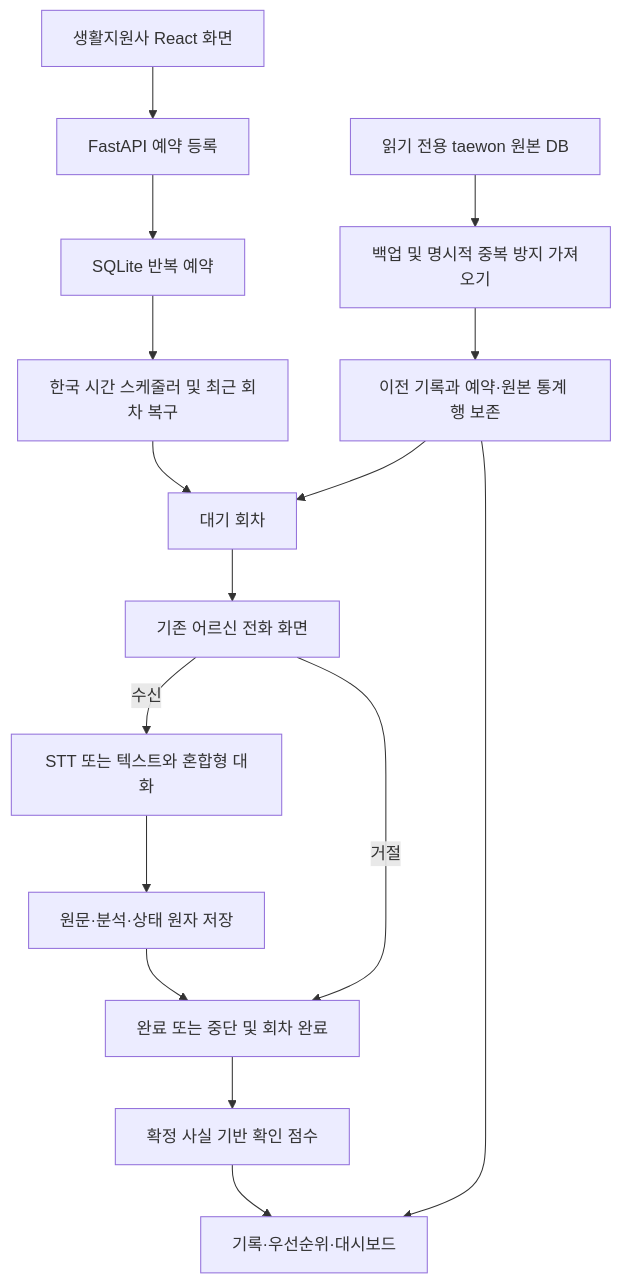
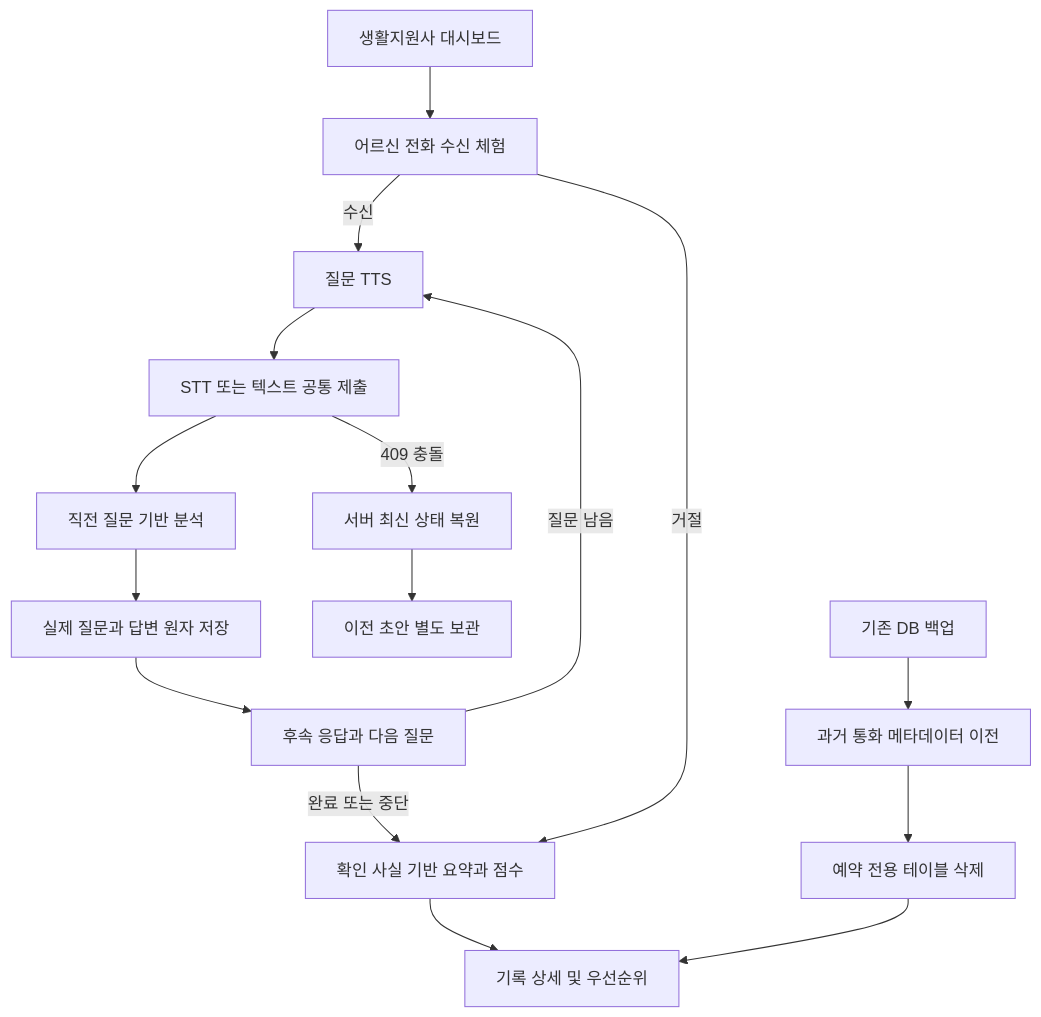
One commit to ptw786/2kimWon changed the diagram in ansimon-fullstack/docs/SOURCE_INTEGRATION.md. Above: the diagram before and after it, drawn with Mermaid. The commit also changed other lines of this file and 44 other files, not shown here.

````diff
--- a/ansimon-fullstack/docs/SOURCE_INTEGRATION.md
+++ b/ansimon-fullstack/docs/SOURCE_INTEGRATION.md
@@ -95,18 +45,18 @@
 ```mermaid
 flowchart TD
- A[생활지원사 React 화면] --> B[FastAPI 예약 등록]
- B --> C[SQLite 반복 예약]
- C --> D[한국 시간 스케줄러 및 최근 회차 복구]
- D --> E[대기 회차]
- E --> F[기존 어르신 전화 화면]
- F -->|수신| G[STT 또는 텍스트와 혼합형 대화]
- G --> H[원문·분석·상태 원자 저장]
- H --> I[완료 또는 중단 및 회차 완료]
- F -->|거절| I
- I --> J[확정 사실 기반 확인 점수]
- J --> K[기록·우선순위·대시보드]
- L[읽기 전용 taewon 원본 DB] --> M[백업 및 명시적 중복 방지 가져오기]
- M --> N[이전 기록과 예약·원본 통계 행 보존]
- N --> K
- N --> E
+ A[생활지원사 대시보드] --> B[어르신 전화 수신 체험]
+ B -->|수신| C[질문 TTS]
+ C --> D[STT 또는 텍스트 공통 제출]
+ D --> E[직전 질문 기반 분석]
+ E --> F[실제 질문과 답변 원자 저장]
+ F --> G[후속 응답과 다음 질문]
+ G -->|질문 남음| C
+ G -->|완료 또는 중단| H[확인 사실 기반 요약과 점수]
+ B -->|거절| H
+ H --> I[기록 상세 및 우선순위]
+ D -->|409 충돌| J[서버 최신 상태 복원]
+ J --> K[이전 초안 별도 보관]
+ L[기존 DB 백업] --> M[과거 통화 메타데이터 이전]
+ M --> N[예약 전용 테이블 삭제]
+ N --> I
 ```
````
